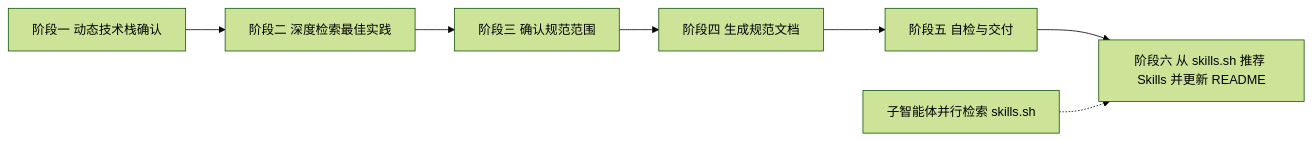
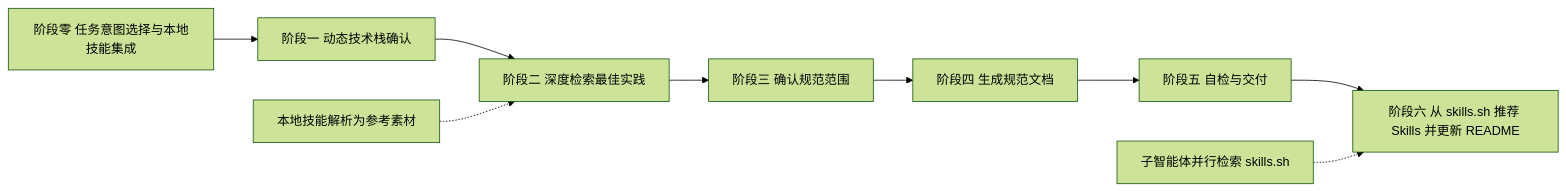
Before and after one commit to ll6074729/skills: the first of 5 diagrams in spec-generator/SKILL.md, drawn with Mermaid (forest theme). The commit also changed other lines of this file and 3 other files, not shown here.

````diff
--- a/spec-generator/SKILL.md
+++ b/spec-generator/SKILL.md
@@ -27,10 +29,12 @@
 ```mermaid
 flowchart LR
-    A[阶段一 动态技术栈确认] --> B[阶段二 深度检索最佳实践]
+    Z[阶段零 任务意图选择与本地技能集成] --> A[阶段一 动态技术栈确认]
+    A --> B[阶段二 深度检索最佳实践]
     B --> C[阶段三 确认规范范围]
     C --> D[阶段四 生成规范文档]
     D --> E[阶段五 自检与交付]
     E --> F[阶段六 从 skills.sh 推荐 Skills 并更新 README]
 
     G[子智能体并行检索 skills.sh] -.-> F
+    H[本地技能解析为参考素材] -.-> B
 ```
````
